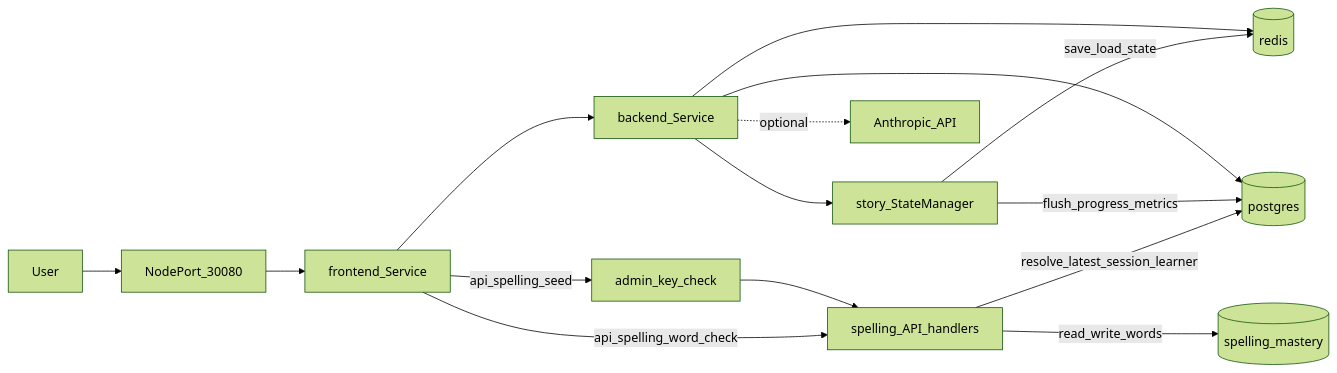
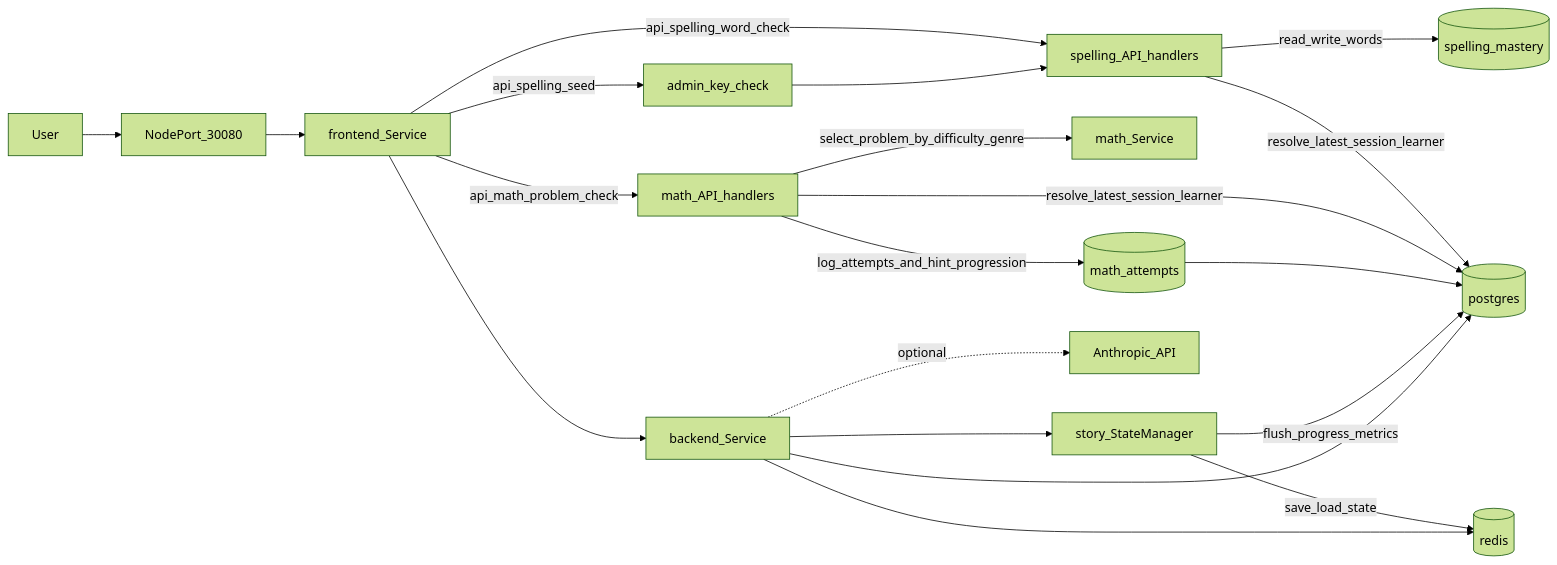
The first of 3 diagrams in DATA_FLOW.md (protektiq/questmode), drawn with Mermaid (forest theme) before and after one commit. The commit also changed other lines of this file and 9 other files, not shown here.

Commit message:
TypeScript API Client & Quest Session UI (Vite)

````diff
--- a/DATA_FLOW.md
+++ b/DATA_FLOW.md
@@ -5,28 +5,36 @@
 ```mermaid
 flowchart LR
   user[User]
   np[NodePort_30080]
   fe[frontend_Service]
   be[backend_Service]
   spellingApi[spelling_API_handlers]
+  mathApi[math_API_handlers]
+  mathService[math_Service]
   storyEngine[story_StateManager]
   adminGate[admin_key_check]
   spelling[(spelling_mastery)]
+  mathAttempts[(math_attempts)]
   pg[(postgres)]
   rd[(redis)]
   anthropic[Anthropic_API]
   user --> np
   np --> fe
   fe --> be
   fe -->|api_spelling_word_check| spellingApi
   fe -->|api_spelling_seed| adminGate
+  fe -->|api_math_problem_check| mathApi
   adminGate --> spellingApi
   spellingApi -->|resolve_latest_session_learner| pg
   spellingApi -->|read_write_words| spelling
+  mathApi -->|select_problem_by_difficulty_genre| mathService
+  mathApi -->|resolve_latest_session_learner| pg
+  mathApi -->|log_attempts_and_hint_progression| mathAttempts
+  mathAttempts --> pg
   be --> storyEngine
   storyEngine -->|save_load_state| rd
   storyEngine -->|flush_progress_metrics| pg
   be --> pg
   be --> rd
   be -. optional .-> anthropic
 ```
````
